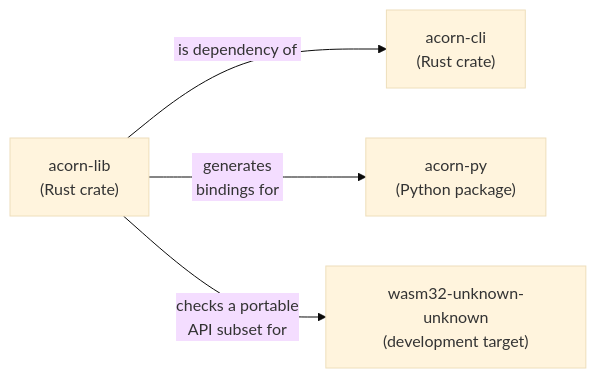
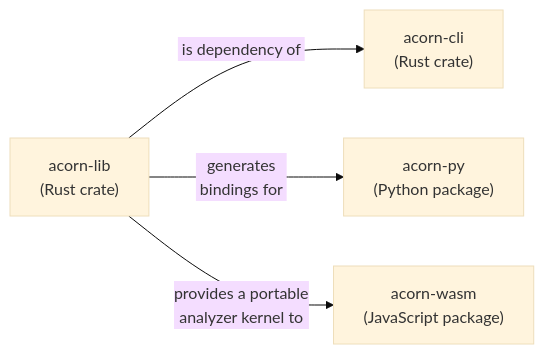
One commit to jhwohlgemuth/acorn changed the diagram in docs/src/packages/README.md. Above: the diagram before and after it, drawn with Mermaid (base theme). The commit also changed 37 other files, not shown here.

Commit message:
feat: Create acorn-wasm

````diff
--- a/docs/src/packages/README.md
+++ b/docs/src/packages/README.md
@@ -5,6 +5,6 @@
 ```mermaid
 graph LR
     A["acorn-lib</br>(Rust crate)"] -->|"&nbsp;is dependency of&nbsp;"|B["acorn-cli</br>(Rust crate)"]
     A -->|"generates</br>&nbsp;bindings for&nbsp;"|C["acorn-py</br>(Python package)"]
-    A -->|"checks a portable</br>&nbsp;API subset for&nbsp;"|D["wasm32-unknown-unknown</br>(development target)"]
+    A -->|"provides a portable</br>&nbsp;analyzer kernel to&nbsp;"|D["acorn-wasm</br>(JavaScript package)"]
 ```
````
